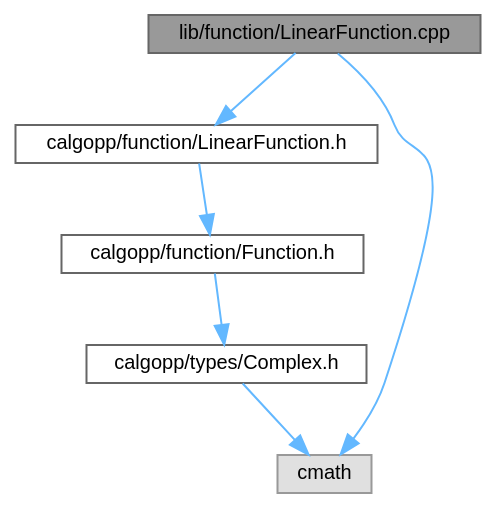
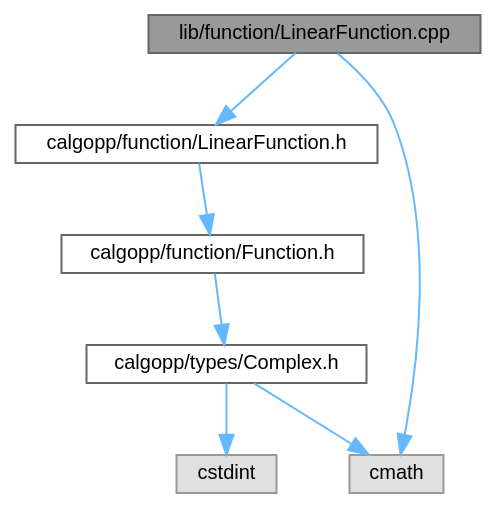
One commit to pawelekg95/algopp changed the diagram in LinearFunction_8cpp__incl.dot. Above: the diagram before and after it, drawn with Graphviz. The commit also changed 45 other files, not shown here.

```diff
--- a/LinearFunction_8cpp__incl.dot
+++ b/LinearFunction_8cpp__incl.dot
@@ -1,17 +1,19 @@
 digraph "lib/function/LinearFunction.cpp"
 {
  // LATEX_PDF_SIZE
   bgcolor="transparent";
   edge [fontname=Helvetica,fontsize=10,labelfontname=Helvetica,labelfontsize=10];
   node [fontname=Helvetica,fontsize=10,shape=box,height=0.2,width=0.4];
   Node1 [label="lib/function/LinearFunction.cpp",height=0.2,width=0.4,color="gray40", fillcolor="grey60", style="filled", fontcolor="black",tooltip=" "];
   Node1 -> Node2 [color="steelblue1",style="solid"];
   Node2 [label="calgopp/function/LinearFunction.h",height=0.2,width=0.4,color="grey40", fillcolor="white", style="filled",URL="$LinearFunction_8h.html",tooltip=" "];
   Node2 -> Node3 [color="steelblue1",style="solid"];
   Node3 [label="calgopp/function/Function.h",height=0.2,width=0.4,color="grey40", fillcolor="white", style="filled",URL="$Function_8h.html",tooltip=" "];
   Node3 -> Node4 [color="steelblue1",style="solid"];
   Node4 [label="calgopp/types/Complex.h",height=0.2,width=0.4,color="grey40", fillcolor="white", style="filled",URL="$Complex_8h.html",tooltip=" "];
   Node4 -> Node5 [color="steelblue1",style="solid"];
   Node5 [label="cmath",height=0.2,width=0.4,color="grey60", fillcolor="#E0E0E0", style="filled",tooltip=" "];
+  Node4 -> Node6 [color="steelblue1",style="solid"];
+  Node6 [label="cstdint",height=0.2,width=0.4,color="grey60", fillcolor="#E0E0E0", style="filled",tooltip=" "];
   Node1 -> Node5 [color="steelblue1",style="solid"];
 }
```
